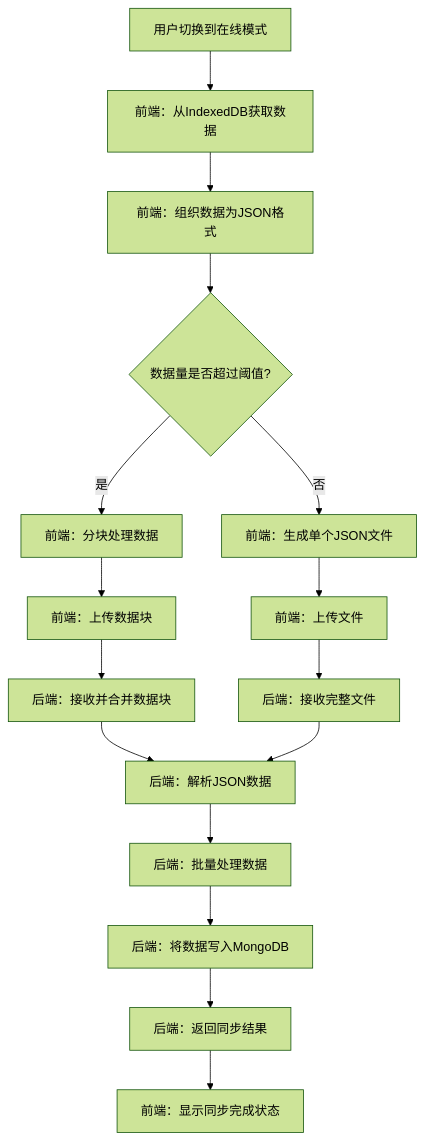
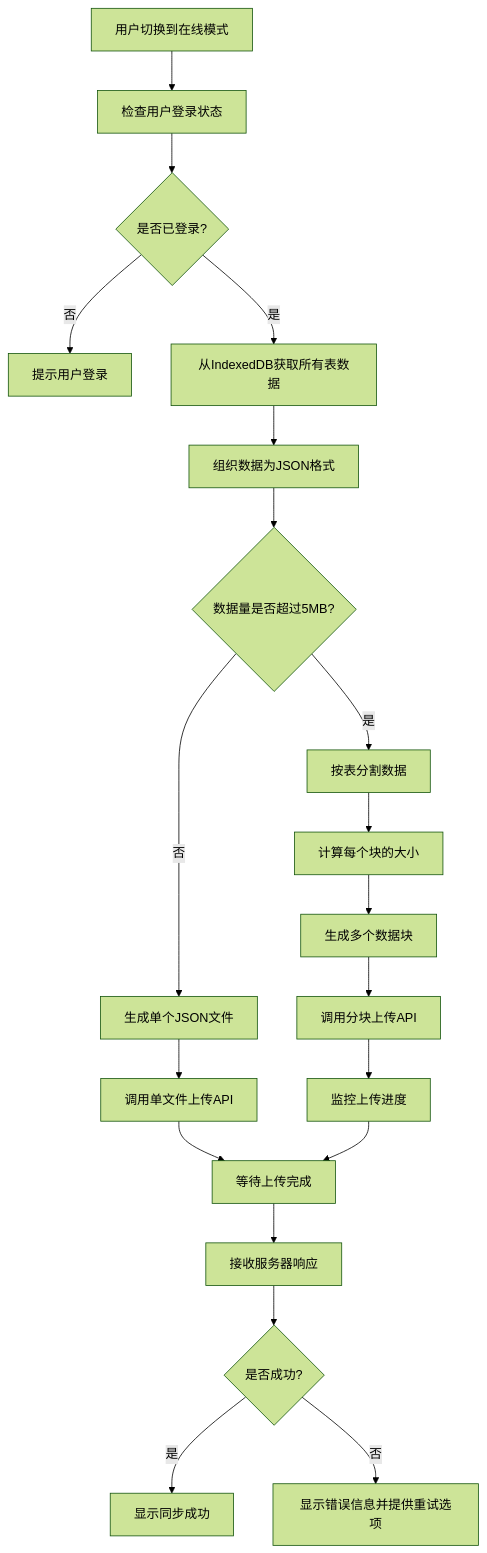
Before and after one commit to yingjianzh/iodraw-files: the diagram in all/未命名-59.md, drawn with Mermaid (forest theme).

Commit message:
2025-05-14 17:08:32 update

````diff
--- a/all/未命名-59.md
+++ b/all/未命名-59.md
@@ -1,18 +1,22 @@
 ```mermaid
 flowchart TD
-    A[用户切换到在线模式] --> B[前端：从IndexedDB获取数据]
-    B --> C[前端：组织数据为JSON格式]
-    C --> D{数据量是否超过阈值?}
-    D -->|是| E[前端：分块处理数据]
-    D -->|否| F[前端：生成单个JSON文件]
-    E --> G[前端：上传数据块]
-    F --> H[前端：上传文件]
-    G --> I[后端：接收并合并数据块]
-    H --> J[后端：接收完整文件]
-    I --> K[后端：解析JSON数据]
-    J --> K
-    K --> L[后端：批量处理数据]
-    L --> M[后端：将数据写入MongoDB]
-    M --> N[后端：返回同步结果]
-    N --> O[前端：显示同步完成状态]
+    A[用户切换到在线模式] --> B[检查用户登录状态]
+    B --> C{是否已登录?}
+    C -->|否| D[提示用户登录]
+    C -->|是| E[从IndexedDB获取所有表数据]
+    E --> F[组织数据为JSON格式]
+    F --> G{数据量是否超过5MB?}
+    G -->|否| H[生成单个JSON文件]
+    G -->|是| I[按表分割数据]
+    I --> J[计算每个块的大小]
+    J --> K[生成多个数据块]
+    H --> L[调用单文件上传API]
+    K --> M[调用分块上传API]
+    M --> N[监控上传进度]
+    L --> O[等待上传完成]
+    N --> O
+    O --> P[接收服务器响应]
+    P --> Q{是否成功?}
+    Q -->|是| R[显示同步成功]
+    Q -->|否| S[显示错误信息并提供重试选项]
 ```
````
